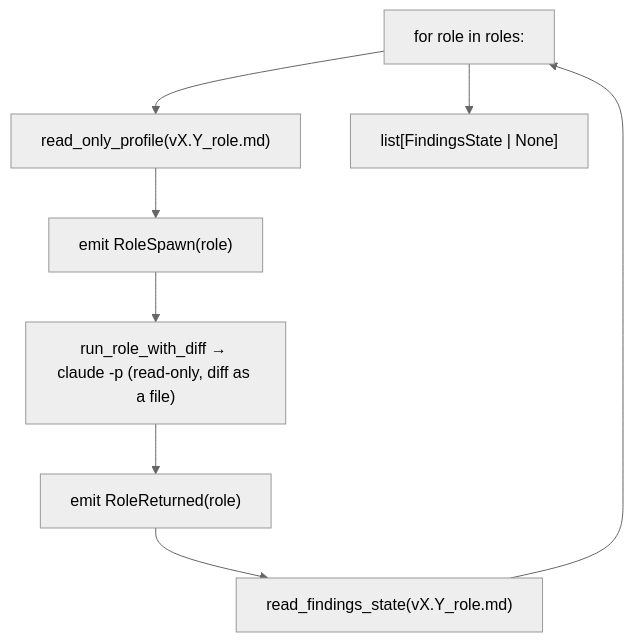
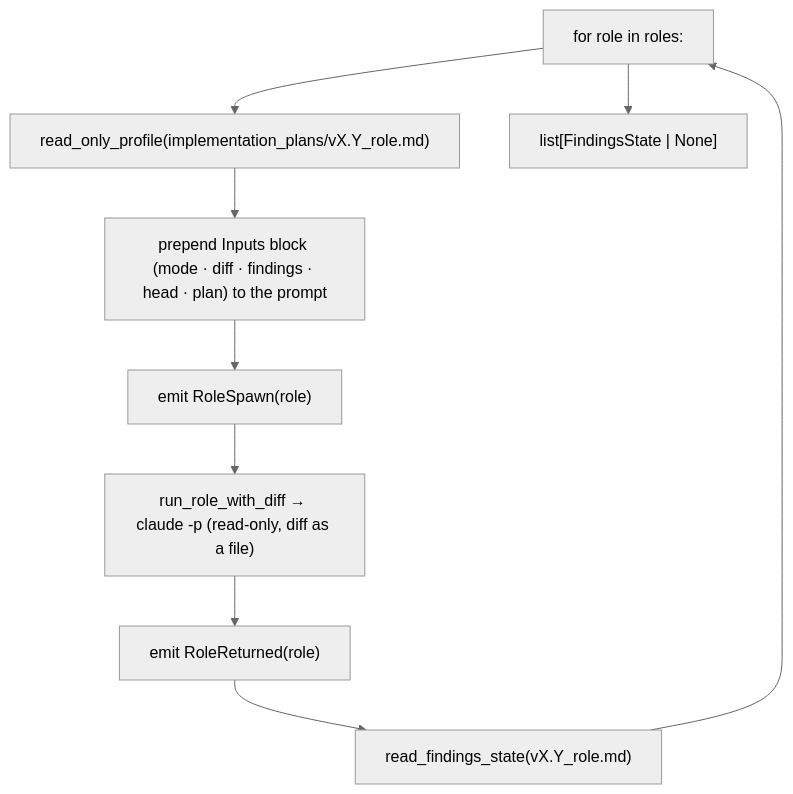
The diagram in docs/modules/fanout.md (alxb1t/minionsfactory), drawn with Mermaid (neutral theme) before and after one commit. The commit also changed other lines of this file and 10 other files, not shown here.

First line of the commit message:
refactor(prompts): slim read-only roles, warm coder, extract fixer, fix findings path

````diff
--- a/docs/modules/fanout.md
+++ b/docs/modules/fanout.md
@@ -30,10 +32,11 @@
 ```mermaid
 flowchart TD
-    loop["for role in roles:"] --> prof["read_only_profile(vX.Y_role.md)"]
-    prof --> sp["emit RoleSpawn(role)"]
+    loop["for role in roles:"] --> prof["read_only_profile(implementation_plans/vX.Y_role.md)"]
+    prof --> inp["prepend Inputs block (mode · diff · findings · head · plan) to the prompt"]
+    inp --> sp["emit RoleSpawn(role)"]
     sp --> rr["run_role_with_diff → claude -p (read-only, diff as a file)"]
     rr --> ret["emit RoleReturned(role)"]
     ret --> rf["read_findings_state(vX.Y_role.md)"]
     rf --> loop
     loop --> collect["list[FindingsState | None]"]
 ```
````
